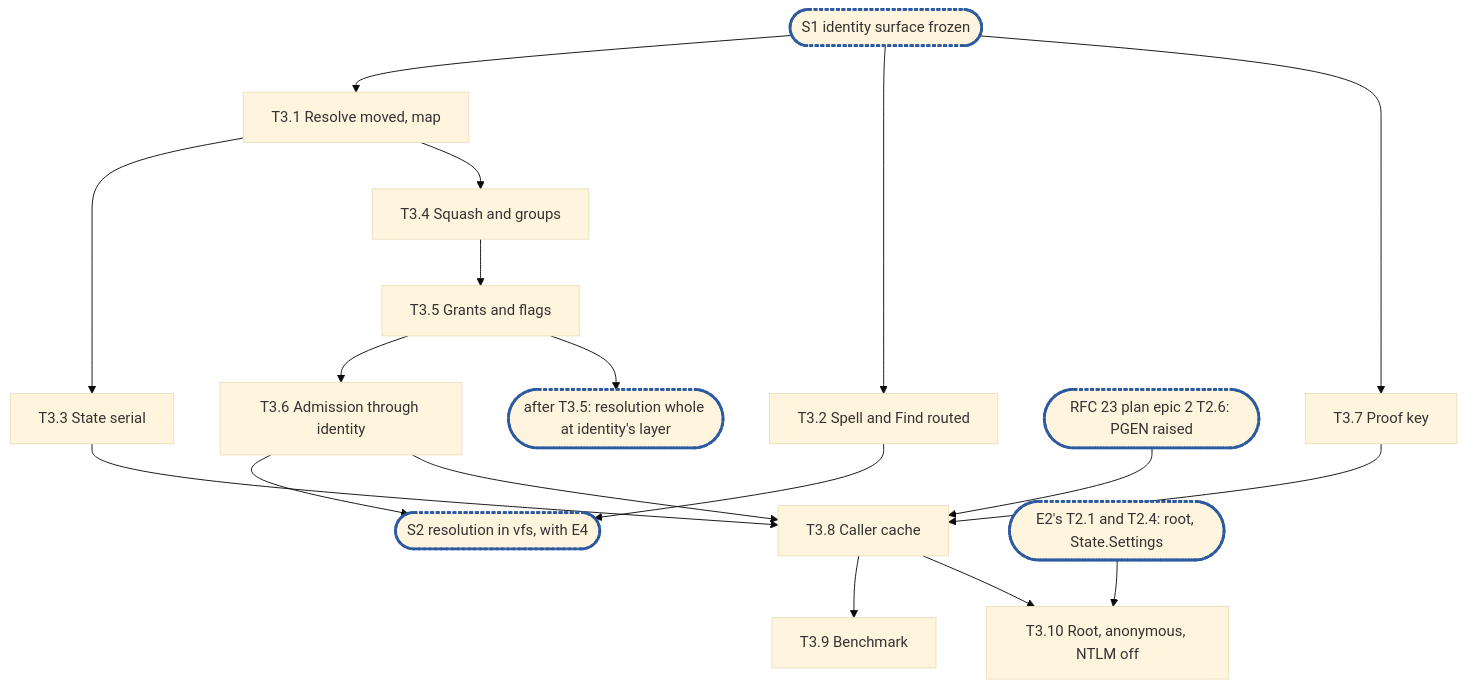
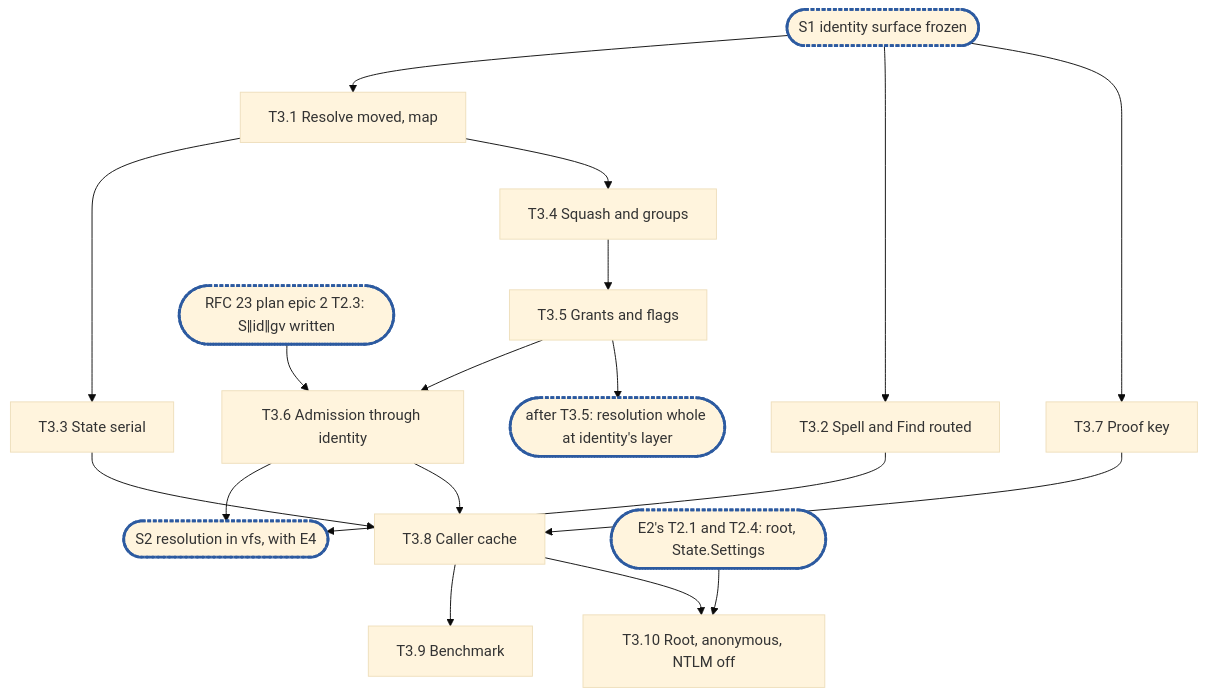
Before and after one commit to cubbit/dittofs: the diagram in docs/internals/planning/rfc-18-identity-epic3.md, drawn with Mermaid (base theme). The commit also changed other lines of this file, not shown here.

Commit message:
docs(planning): fold Marco's review into RFC 18 epic 3

````diff
--- a/docs/internals/planning/rfc-18-identity-epic3.md
+++ b/docs/internals/planning/rfc-18-identity-epic3.md
@@ -604,16 +602,16 @@
 ```mermaid
 flowchart TD
   S1(["S1 identity surface frozen"]):::sync --> T3_1["T3.1 Resolve moved, map"]
   S1 --> T3_2["T3.2 Spell and Find routed"]
   T3_1 --> T3_3["T3.3 State serial"]
   T3_1 --> T3_4["T3.4 Squash and groups"] --> T3_5["T3.5 Grants and flags"] --> T3_6["T3.6 Admission through identity"]
   S1 --> T3_7["T3.7 Proof key"]
   T3_2 & T3_6 --> S2(["S2 resolution in vfs, with E4"]):::sync
-  X1(["RFC 23 plan epic 2 T2.6: PGEN raised"]):::sync --> T3_8
+  X1(["RFC 23 plan epic 2 T2.3: S‖id‖gv written"]):::sync --> T3_6
   T3_3 & T3_6 & T3_7 --> T3_8["T3.8 Caller cache"]
   T3_8 --> T3_9["T3.9 Benchmark"]
   E2(["E2's T2.1 and T2.4: root, State.Settings"]):::sync --> T3_10["T3.10 Root, anonymous, NTLM off"]
   T3_8 --> T3_10
   T3_5 --> C1(["after T3.5: resolution whole at identity's layer"]):::sync
   classDef sync stroke:#2c5aa0,stroke-width:3px,stroke-dasharray:4 2
 ```
````
